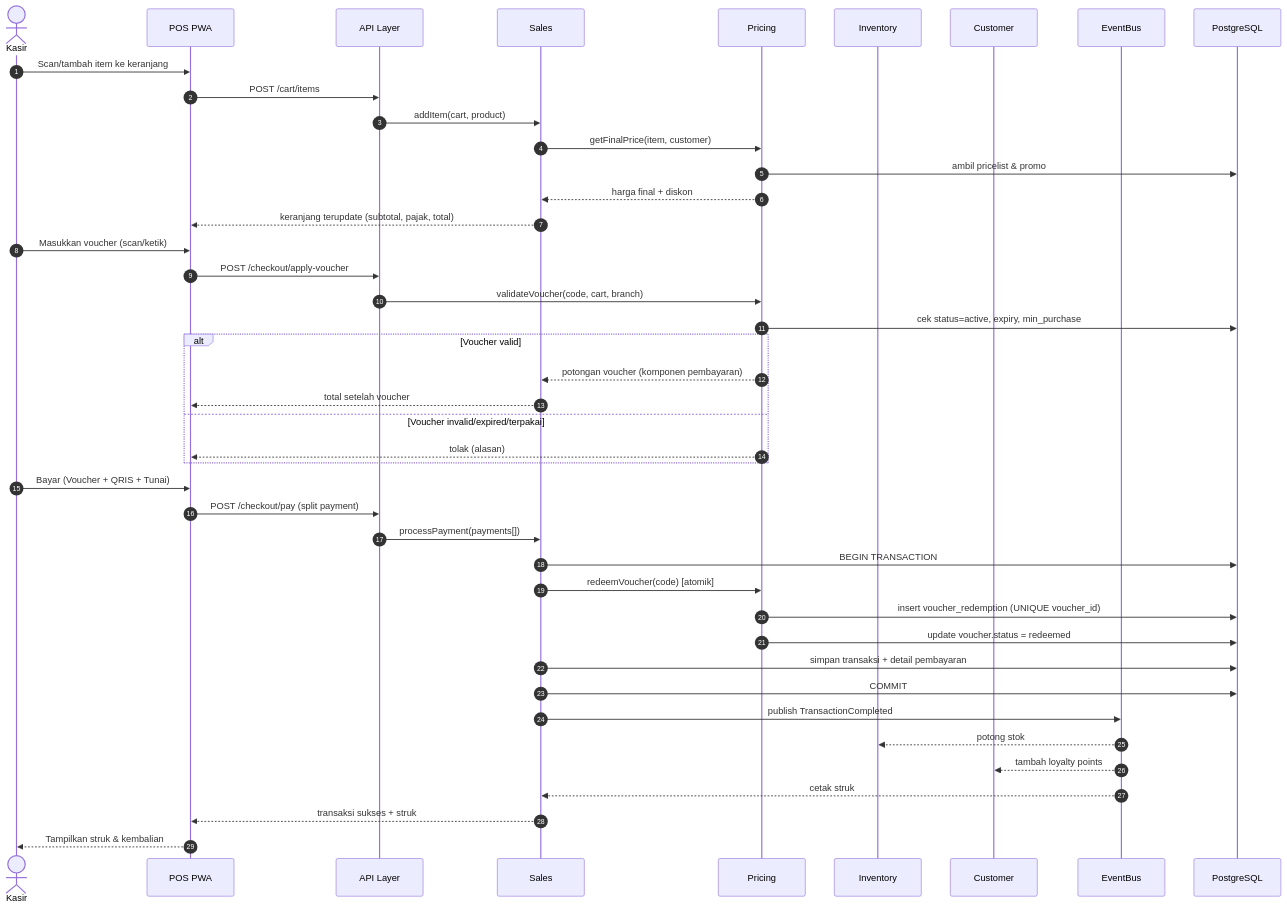
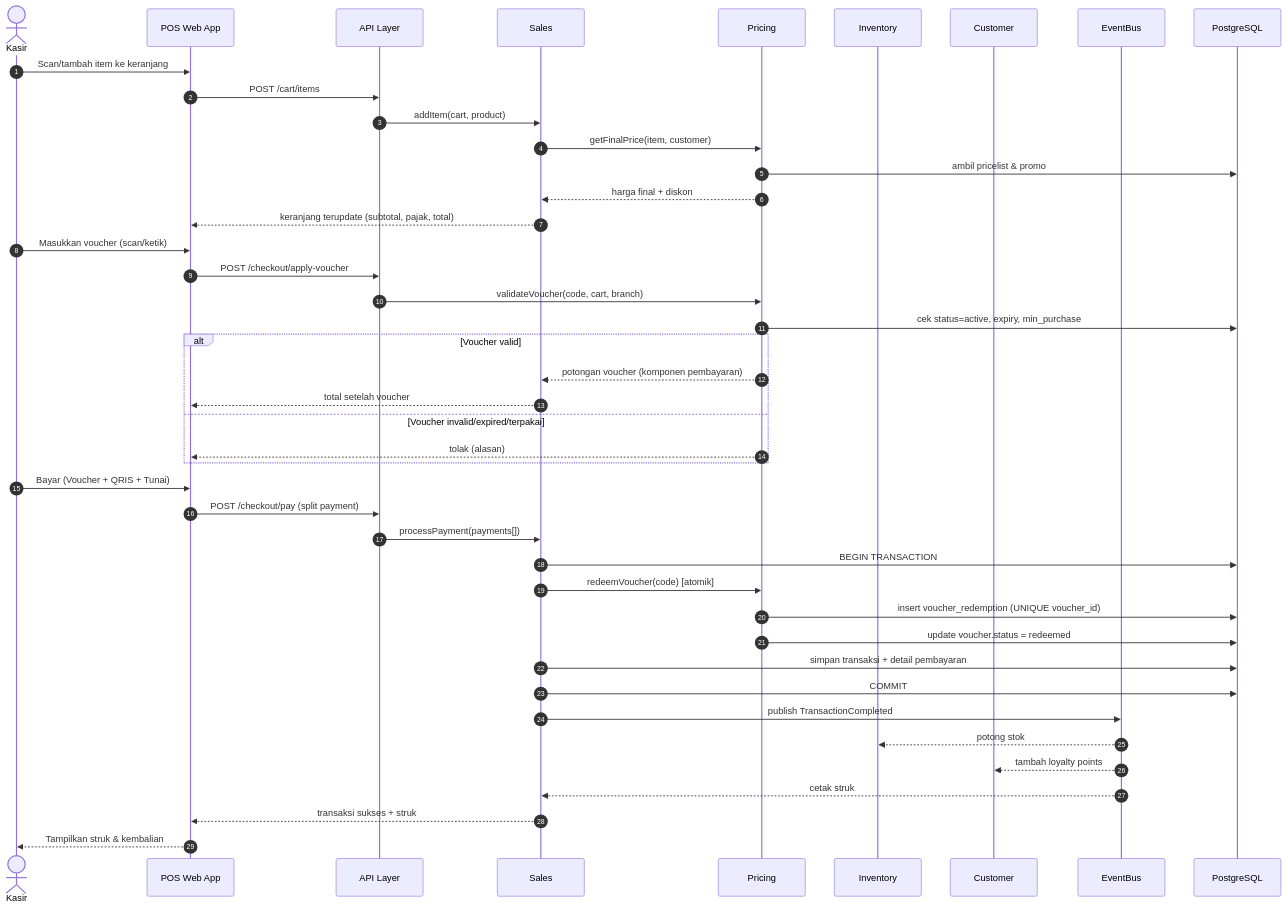
One commit to whaone/POS2026 changed the third of 31 diagrams in Sequence_Diagram.md. Above: the diagram before and after it, drawn with Mermaid. The commit also changed other lines of this file and 3 other files, not shown here.

````diff
--- a/Sequence_Diagram.md
+++ b/Sequence_Diagram.md
@@ -143,48 +143,48 @@
 ```mermaid
 sequenceDiagram
     autonumber
     actor Kasir
-    participant PWA as POS PWA
+    participant POS as POS Web App
     participant API as API Layer
     participant SAL as Sales
     participant PRC as Pricing
     participant INV as Inventory
     participant CUS as Customer
     participant BUS as EventBus
     participant DB as PostgreSQL
  
-    Kasir->>PWA: Scan/tambah item ke keranjang
-    PWA->>API: POST /cart/items
+    Kasir->>POS: Scan/tambah item ke keranjang
+    POS->>API: POST /cart/items
     API->>SAL: addItem(cart, product)
     SAL->>PRC: getFinalPrice(item, customer)
     PRC->>DB: ambil pricelist & promo
     PRC-->>SAL: harga final + diskon
-    SAL-->>PWA: keranjang terupdate (subtotal, pajak, total)
+    SAL-->>POS: keranjang terupdate (subtotal, pajak, total)
  
-    Kasir->>PWA: Masukkan voucher (scan/ketik)
-    PWA->>API: POST /checkout/apply-voucher
+    Kasir->>POS: Masukkan voucher (scan/ketik)
+    POS->>API: POST /checkout/apply-voucher
     API->>PRC: validateVoucher(code, cart, branch)
     PRC->>DB: cek status=active, expiry, min_purchase
     alt Voucher valid
         PRC-->>SAL: potongan voucher (komponen pembayaran)
-        SAL-->>PWA: total setelah voucher
+        SAL-->>POS: total setelah voucher
     else Voucher invalid/expired/terpakai
-        PRC-->>PWA: tolak (alasan)
+        PRC-->>POS: tolak (alasan)
     end
  
-    Kasir->>PWA: Bayar (Voucher + QRIS + Tunai)
-    PWA->>API: POST /checkout/pay (split payment)
+    Kasir->>POS: Bayar (Voucher + QRIS + Tunai)
+    POS->>API: POST /checkout/pay (split payment)
     API->>SAL: processPayment(payments[])
     SAL->>DB: BEGIN TRANSACTION
     SAL->>PRC: redeemVoucher(code) [atomik]
     PRC->>DB: insert voucher_redemption (UNIQUE voucher_id)
     PRC->>DB: update voucher.status = redeemed
     SAL->>DB: simpan transaksi + detail pembayaran
     SAL->>DB: COMMIT
     SAL->>BUS: publish TransactionCompleted
     BUS-->>INV: potong stok
     BUS-->>CUS: tambah loyalty points
     BUS-->>SAL: cetak struk
-    SAL-->>PWA: transaksi sukses + struk
-    PWA-->>Kasir: Tampilkan struk & kembalian
+    SAL-->>POS: transaksi sukses + struk
+    POS-->>Kasir: Tampilkan struk & kembalian
 ```
````
